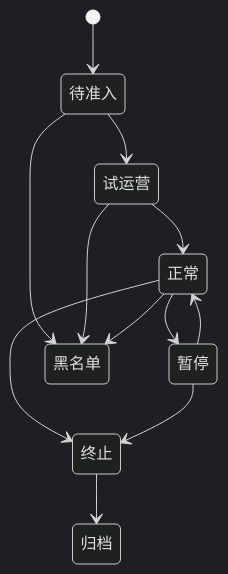
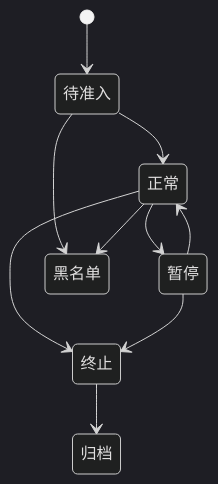
One commit to jxh1979/mall changed the seventh of 21 diagrams in docs/platform-governance-product-spec-v0.2.md. Above: the diagram before and after it, drawn with Mermaid (dark theme). The commit also changed other lines of this file and 8 other files, not shown here.

````diff
--- a/docs/platform-governance-product-spec-v0.2.md
+++ b/docs/platform-governance-product-spec-v0.2.md
@@ -1642,14 +1592,12 @@
 ```mermaid
 stateDiagram-v2
     [*] --> 待准入
-    待准入 --> 试运营
-    试运营 --> 正常
+    待准入 --> 正常
     正常 --> 暂停
     暂停 --> 正常
     正常 --> 终止
     暂停 --> 终止
     终止 --> 归档
     待准入 --> 黑名单
-    试运营 --> 黑名单
     正常 --> 黑名单
 ```
````
